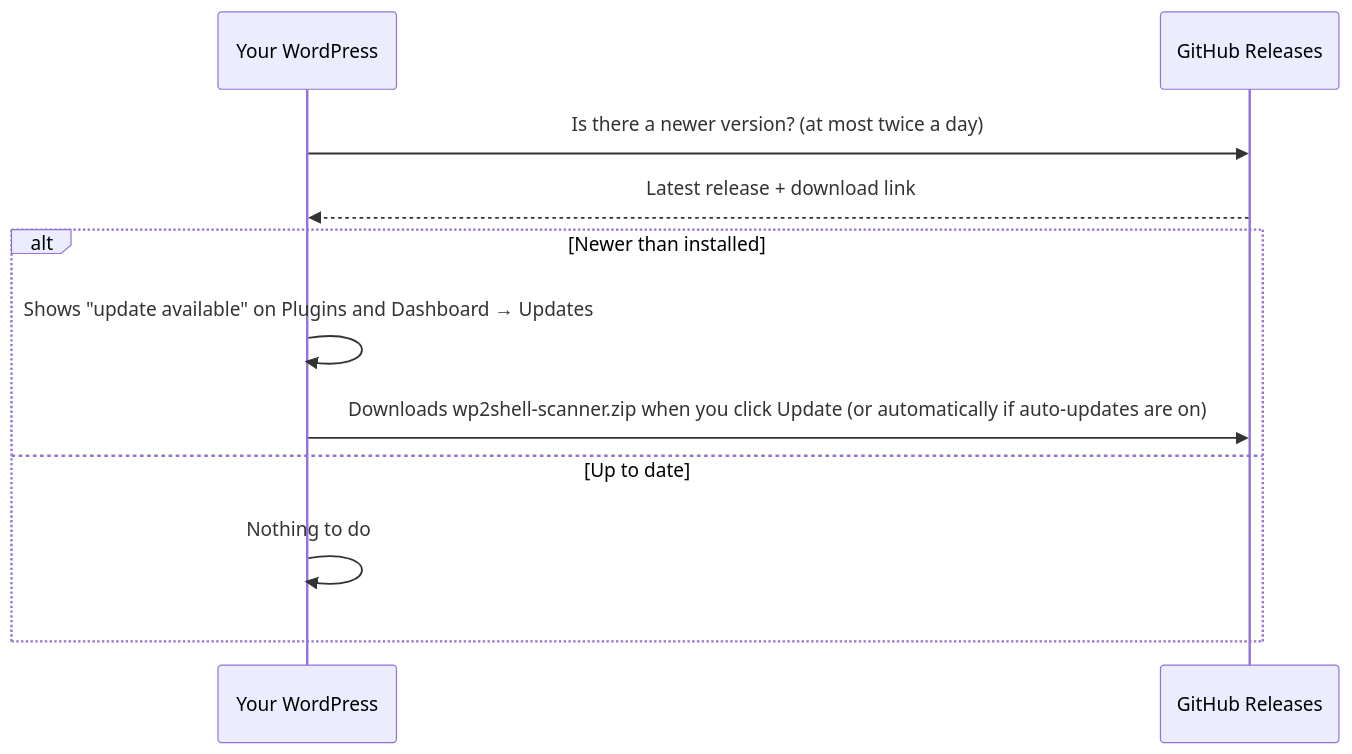
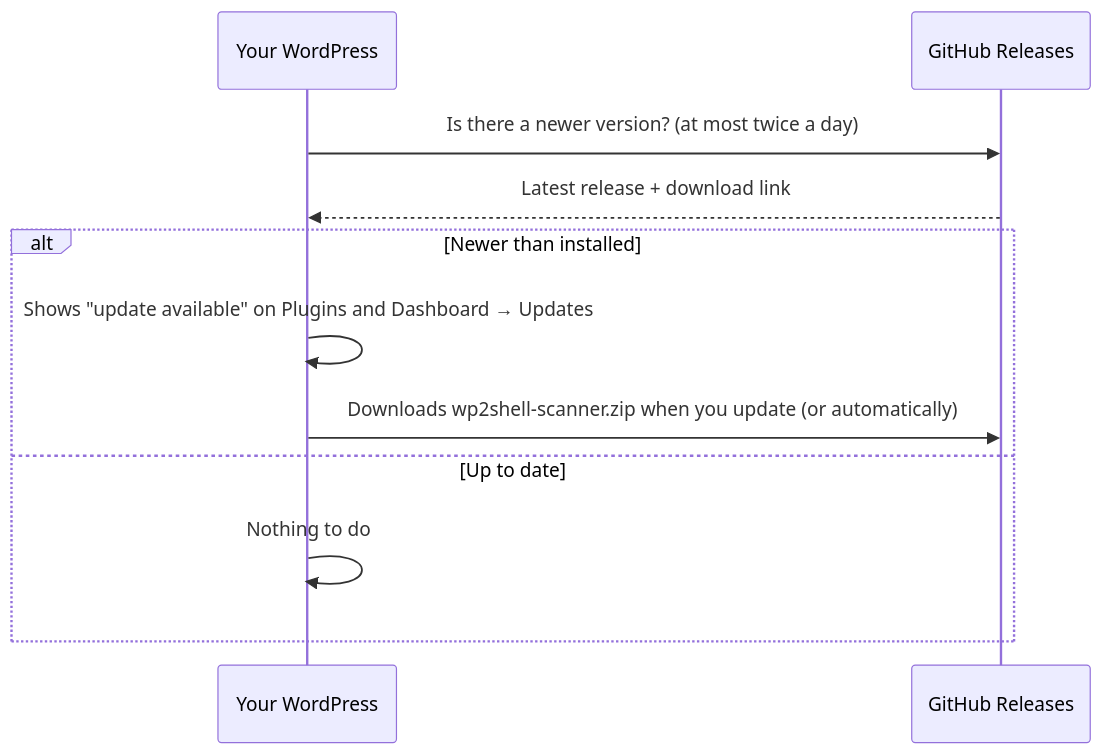
The ninth of 14 diagrams in README.md (CptNope/JAT-Shell-Scanner), drawn with Mermaid before and after one commit. The commit also changed other lines of this file and 20 other files, not shown here.

````diff
--- a/README.md
+++ b/README.md
@@ -306,13 +405,13 @@
 ```mermaid
 sequenceDiagram
     participant WP as Your WordPress
     participant GH as GitHub Releases
     WP->>GH: Is there a newer version? (at most twice a day)
     GH-->>WP: Latest release + download link
     alt Newer than installed
         WP->>WP: Shows "update available" on Plugins and Dashboard → Updates
-        WP->>GH: Downloads wp2shell-scanner.zip when you click Update (or automatically if auto-updates are on)
+        WP->>GH: Downloads wp2shell-scanner.zip when you update (or automatically)
     else Up to date
         WP->>WP: Nothing to do
     end
 ```
````
